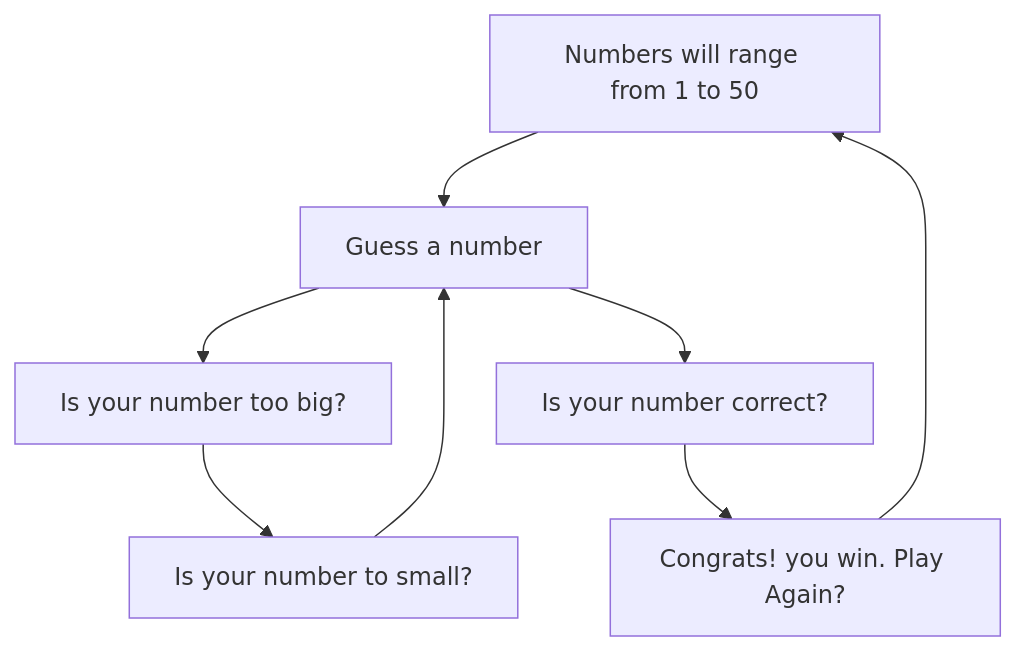
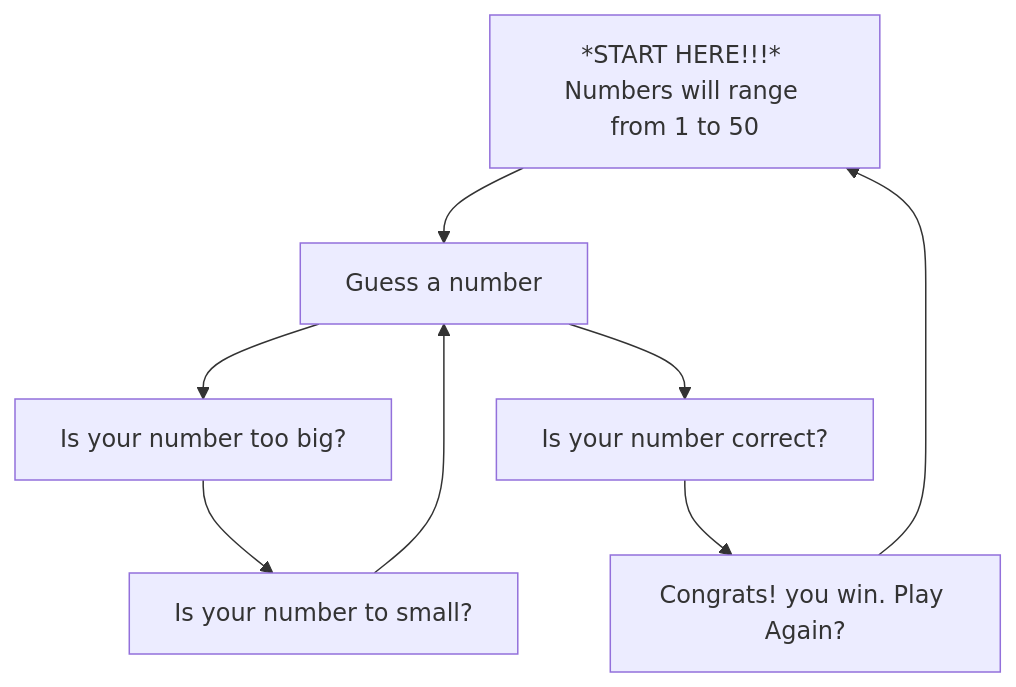
The diagram in README.md (schope26/schope26.github.io), drawn with Mermaid before and after one commit.

````diff
--- a/README.md
+++ b/README.md
@@ -22,10 +22,10 @@
 ```mermaid
 flowchart TD
-    A[Numbers will range from 1 to 50] --> B[Guess a number]
+    A[*START HERE!!!* Numbers will range from 1 to 50] --> B[Guess a number]
     --> C[Is your number too big?]
     --> D[Is your number to small?]
     --> B
     --> E[Is your number correct?]
     --> F[ Congrats! you win. Play Again?]
     --> A
 ```
````
